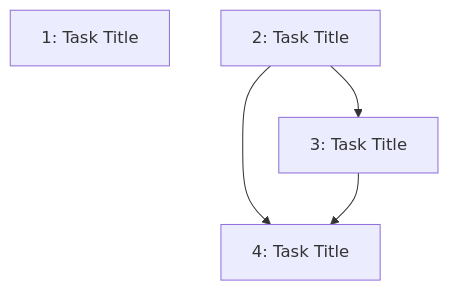
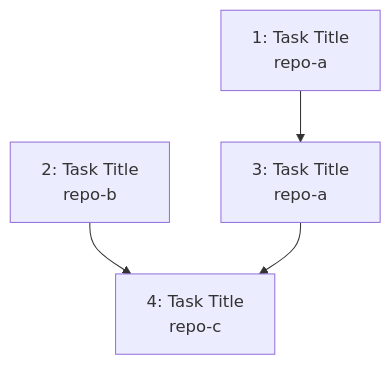
The diagram in epics/_templates/task-graph.md (ecarrizo2/spec-driven-development-boilerplate), drawn with Mermaid before and after one commit. The commit also changed other lines of this file and 48 other files, not shown here.

````diff
--- a/epics/_templates/task-graph.md
+++ b/epics/_templates/task-graph.md
@@ -46,11 +47,11 @@
 ```mermaid
 graph TD
-    T1[1: Task Title]:::accent0
-    T2[2: Task Title]:::accent1
-    T3[3: Task Title]:::accent2
-    T4[4: Task Title]:::accent3
+    T1[1: Task Title<br>repo-a]:::accent0
+    T2[2: Task Title<br>repo-b]:::accent1
+    T3[3: Task Title<br>repo-a]:::accent2
+    T4[4: Task Title<br>repo-c]:::accent3
 
-    T2 --> T3
+    T1 --> T3
     T2 --> T4
     T3 --> T4
 ```
````
